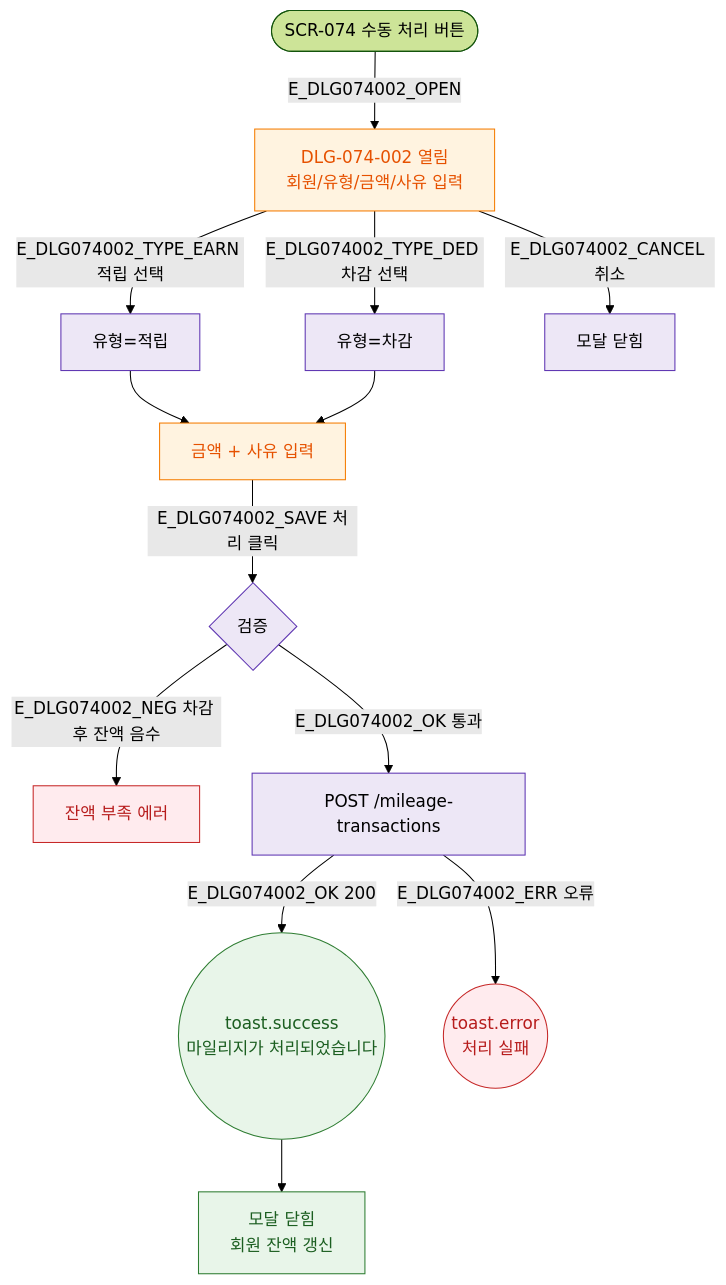
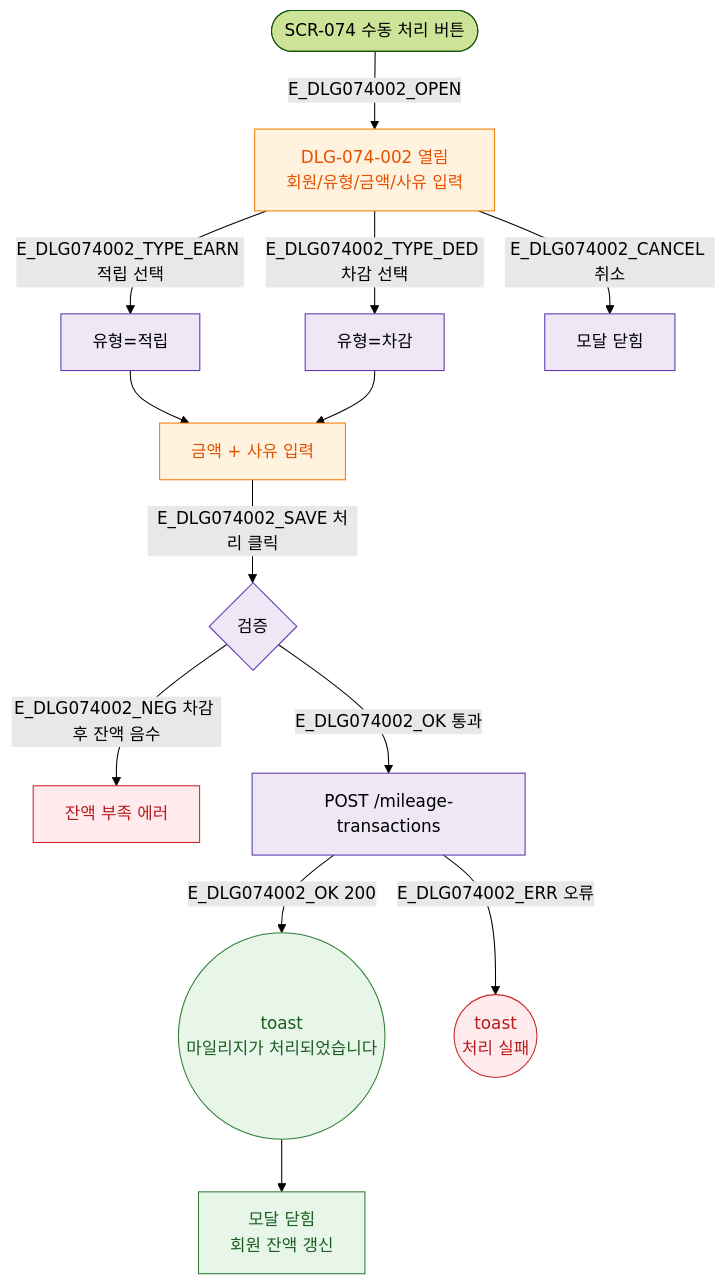
Before and after one commit to dev-spogym/admin-pando: the diagram in docs/다이어그램/D08_마케팅/DLG/DLG-074-002_수동적립차감/M1_생명주기.md, drawn with Mermaid (forest theme). The commit also changed other lines of this file and 1660 other files, not shown here.

First line of the commit message:
다이어그램: 기획자/클라이언트 납품본으로 정리

````diff
--- a/docs/다이어그램/D08_마케팅/DLG/DLG-074-002_수동적립차감/M1_생명주기.md
+++ b/docs/다이어그램/D08_마케팅/DLG/DLG-074-002_수동적립차감/M1_생명주기.md
@@ -14,26 +12,26 @@
 ```mermaid
 flowchart TD
-  TRIGGER([SCR-074 수동 처리 버튼]) -->|E_DLG074002_OPEN| MODAL[DLG-074-002 열림\n회원/유형/금액/사유 입력]
-  MODAL -->|E_DLG074002_TYPE_EARN 적립 선택| TYPE_EARN[유형=적립]
-  MODAL -->|E_DLG074002_TYPE_DED 차감 선택| TYPE_DED[유형=차감]
+  TRIGGER([SCR-074 수동 처리 버튼]) -->|E_DLG074002_OPEN|MODAL[DLG-074-002 열림\n회원/유형/금액/사유 입력]
+  MODAL -->|E_DLG074002_TYPE_EARN 적립 선택|TYPE_EARN[유형=적립]
+  MODAL -->|E_DLG074002_TYPE_DED 차감 선택|TYPE_DED[유형=차감]
   TYPE_EARN --> INPUT[금액 + 사유 입력]
   TYPE_DED --> INPUT
-  INPUT -->|E_DLG074002_SAVE 처리 클릭| VALID{검증}
-  MODAL -->|E_DLG074002_CANCEL 취소| CLOSE[모달 닫힘]
+  INPUT -->|E_DLG074002_SAVE 처리 클릭|VALID{검증}
+  MODAL -->|E_DLG074002_CANCEL 취소|CLOSE[모달 닫힘]
 
-  VALID -->|E_DLG074002_NEG 차감 후 잔액 음수| ERR_NEG[잔액 부족 에러]
-  VALID -->|E_DLG074002_OK 통과| API[POST /mileage-transactions]
-  API -->|E_DLG074002_OK 200| T_OK((toast.success\n마일리지가 처리되었습니다))
-  API -->|E_DLG074002_ERR 오류| T_ERR((toast.error\n처리 실패))
+  VALID -->|E_DLG074002_NEG 차감 후 잔액 음수|ERR_NEG[잔액 부족 에러]
+  VALID -->|E_DLG074002_OK 통과|API[POST /mileage-transactions]
+  API -->|E_DLG074002_OK 200|T_OK((toast\n마일리지가 처리되었습니다))
+  API -->|E_DLG074002_ERR 오류|T_ERR((toast\n처리 실패))
   T_OK --> CLOSE_OK[모달 닫힘\n회원 잔액 갱신]
 
-  classDef modal       fill:#FFF3E0,stroke:#F57C00,color:#E65100
-  classDef success     fill:#E8F5E9,stroke:#2E7D32,color:#1B5E20
-  classDef error       fill:#FFEBEE,stroke:#C62828,color:#B71C1C
-  classDef system      fill:#EDE7F6,stroke:#5E35B2
+  classDef modal fill:#FFF3E0,stroke:#F57C00,color:#E65100
+  classDef success fill:#E8F5E9,stroke:#2E7D32,color:#1B5E20
+  classDef error fill:#FFEBEE,stroke:#C62828,color:#B71C1C
+  classDef system fill:#EDE7F6,stroke:#5E35B2
 
   class MODAL,INPUT modal
   class T_OK,CLOSE_OK success
   class ERR_NEG,T_ERR error
   class TYPE_EARN,TYPE_DED,VALID,API,CLOSE system
 ```
````
